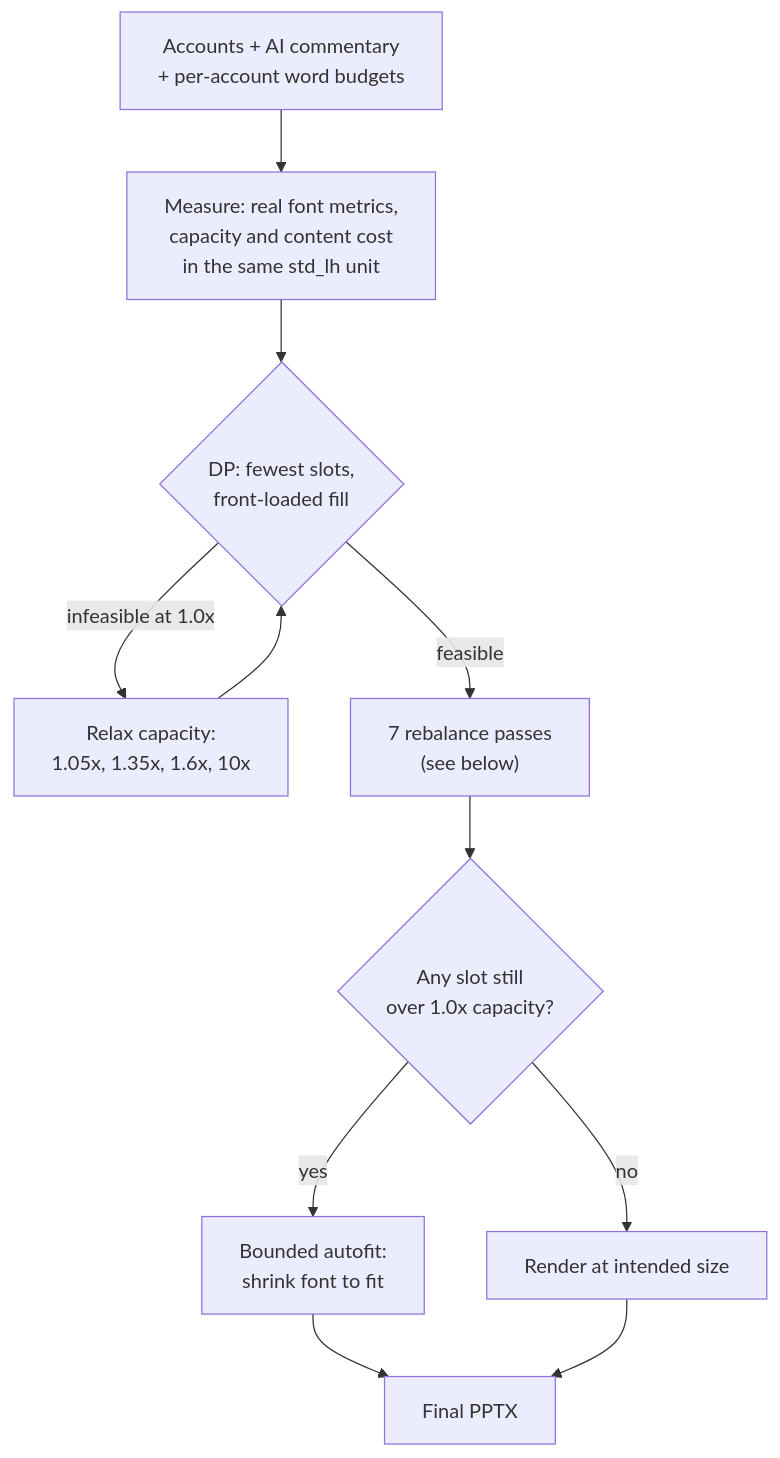
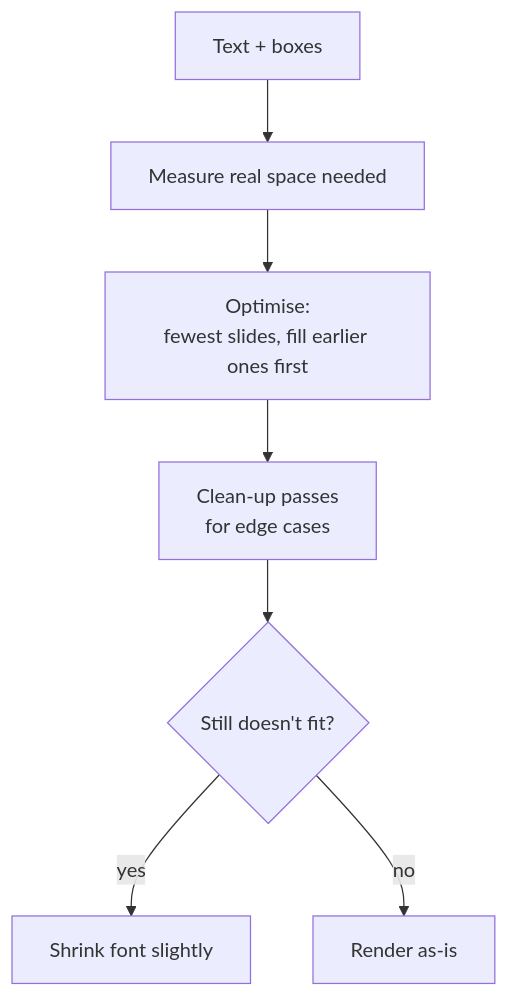
The second of 2 diagrams in README.md (yutsang/python-pptx), drawn with Mermaid before and after one commit. The commit also changed other lines of this file, not shown here.

````diff
--- a/README.md
+++ b/README.md
@@ -284,13 +147,9 @@
 ```mermaid
 flowchart TD
-    A["Accounts + AI commentary<br/>+ per-account word budgets"] --> B["Measure: real font metrics,<br/>capacity and content cost<br/>in the same std_lh unit"]
-    B --> C{"DP: fewest slots,<br/>front-loaded fill"}
-    C -->|infeasible at 1.0x| D["Relax capacity:<br/>1.05x, 1.35x, 1.6x, 10x"]
-    D --> C
-    C -->|feasible| E["7 rebalance passes<br/>(see below)"]
-    E --> F{"Any slot still<br/>over 1.0x capacity?"}
-    F -- yes --> G["Bounded autofit:<br/>shrink font to fit"]
-    F -- no --> H["Render at intended size"]
-    G --> I["Final PPTX"]
-    H --> I
+    A[Text + boxes] --> B[Measure real space needed]
+    B --> C["Optimise:<br/>fewest slides, fill earlier ones first"]
+    C --> D["Clean-up passes<br/>for edge cases"]
+    D --> E{Still doesn't fit?}
+    E -- yes --> F[Shrink font slightly]
+    E -- no --> G[Render as-is]
 ```
````
